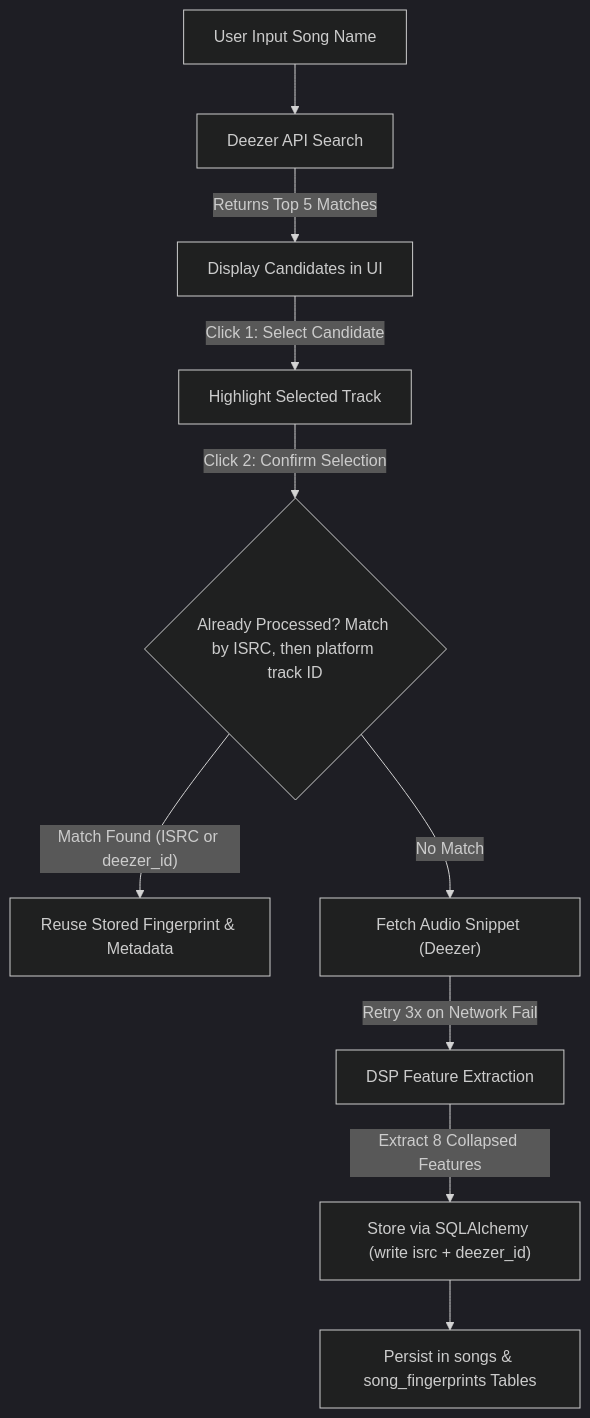
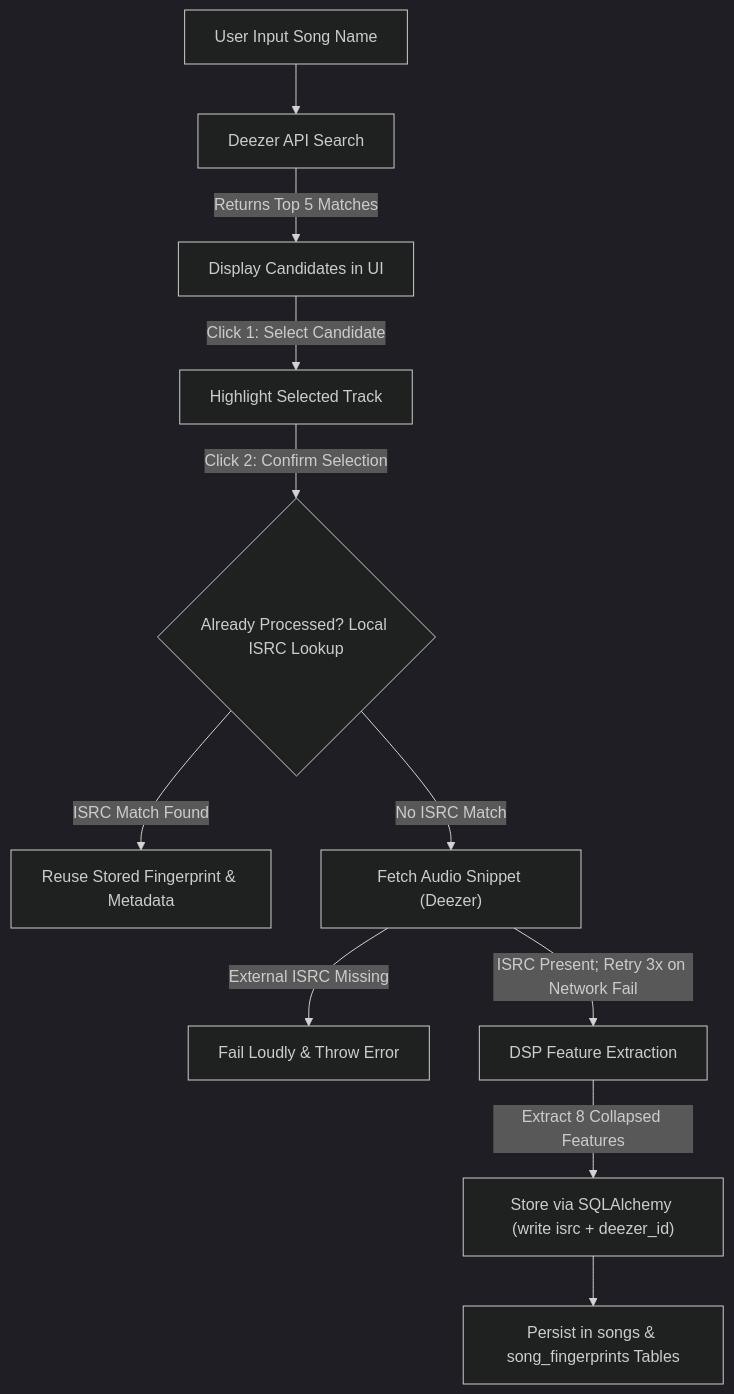
One commit to AhmedAl-Hayali/AgenticGenreGuru changed the second of 2 diagrams in specs/001-song-fingerprint-engine/data-model.md. Above: the diagram before and after it, drawn with Mermaid (dark theme). The commit also changed other lines of this file and 3 other files, not shown here.

````diff
--- a/specs/001-song-fingerprint-engine/data-model.md
+++ b/specs/001-song-fingerprint-engine/data-model.md
@@ -84,12 +84,13 @@
 ```mermaid
 flowchart TD
     A["User Input Song Name"] --> B["Deezer API Search"]
     B -->|"Returns Top 5 Matches"| C["Display Candidates in UI"]
     C -->|"Click 1: Select Candidate"| D["Highlight Selected Track"]
-    D -->|"Click 2: Confirm Selection"| DEDUP{"Already Processed? Match by ISRC, then platform track ID"}
-    DEDUP -->|"Match Found (ISRC or deezer_id)"| REUSE["Reuse Stored Fingerprint & Metadata"]
-    DEDUP -->|"No Match"| E["Fetch Audio Snippet (Deezer)"]
-    E -->|"Retry 3x on Network Fail"| F["DSP Feature Extraction"]
+    D -->|"Click 2: Confirm Selection"| DEDUP{"Already Processed? Local ISRC Lookup"}
+    DEDUP -->|"ISRC Match Found"| REUSE["Reuse Stored Fingerprint & Metadata"]
+    DEDUP -->|"No ISRC Match"| E["Fetch Audio Snippet (Deezer)"]
+    E -->|"External ISRC Missing"| ERR["Fail Loudly & Throw Error"]
+    E -->|"ISRC Present; Retry 3x on Network Fail"| F["DSP Feature Extraction"]
     F -->|"Extract 8 Collapsed Features"| G["Store via SQLAlchemy (write isrc + deezer_id)"]
     G --> H["Persist in songs & song_fingerprints Tables"]
 ```
````
